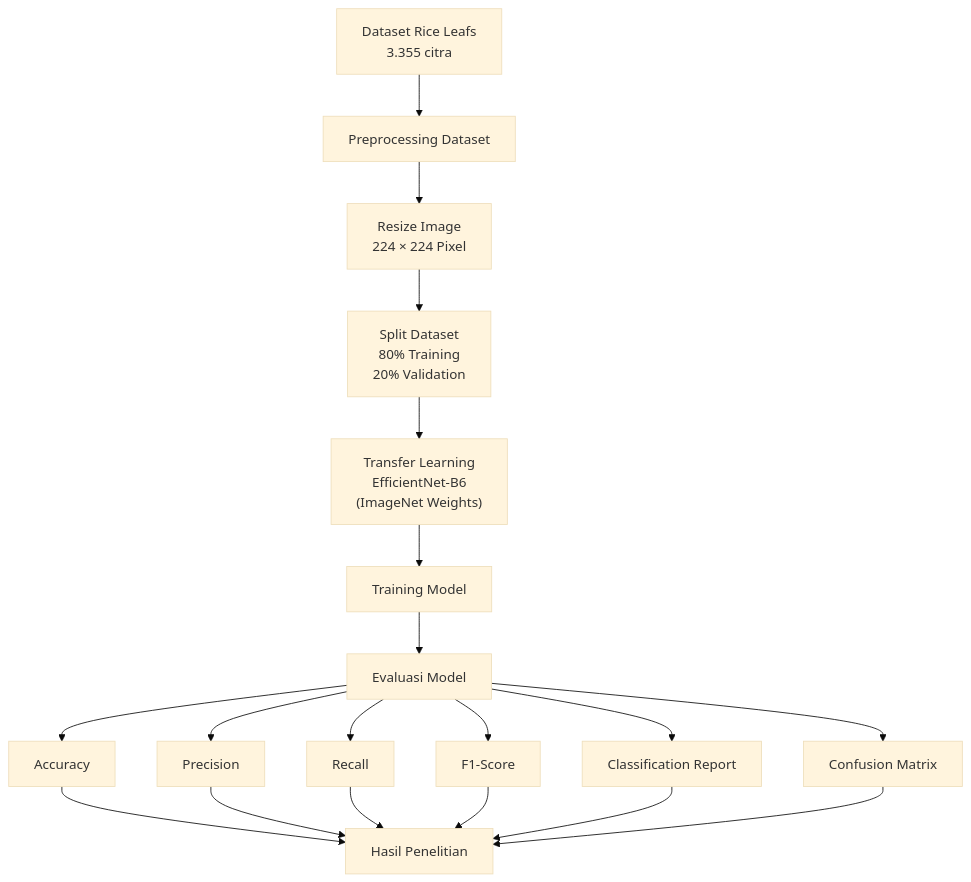
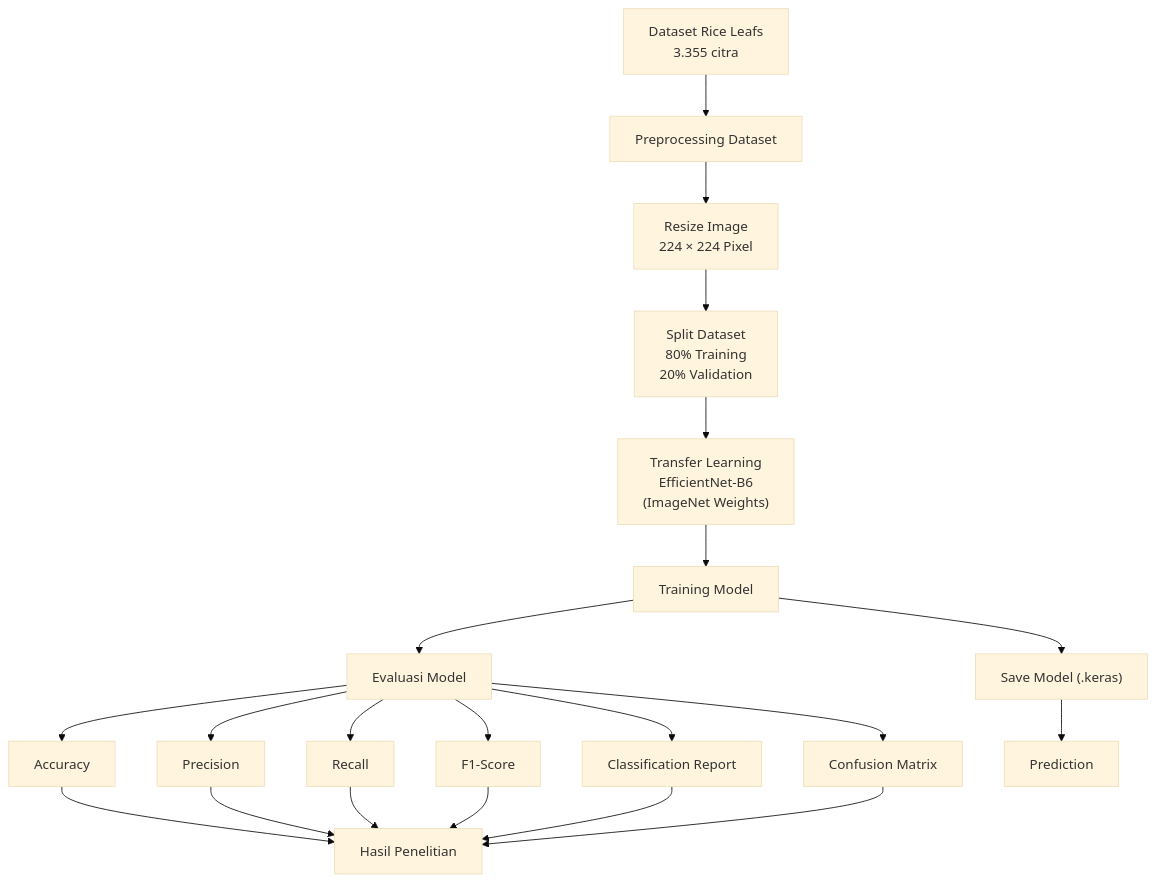
The first of 4 diagrams in example-riset-directory/03-teori/teori_arsitektur-dan-skema.md (Fadil172800/rti-20252-240202885), drawn with Mermaid (base theme) before and after one commit. The commit also changed other lines of this file, not shown here.

````diff
--- a/example-riset-directory/03-teori/teori_arsitektur-dan-skema.md
+++ b/example-riset-directory/03-teori/teori_arsitektur-dan-skema.md
@@ -15,37 +17,40 @@
 ```mermaid
 graph TB
 
 A["Dataset Rice Leafs
 3.355 citra"]
 
 A --> B["Preprocessing Dataset"]
 
 B --> C["Resize Image
 224 × 224 Pixel"]
 
 C --> D["Split Dataset
 80% Training
 20% Validation"]
 
 D --> E["Transfer Learning
 EfficientNet-B6
 (ImageNet Weights)"]
 
 E --> F["Training Model"]
 
 F --> G["Evaluasi Model"]
 
 G --> H1["Accuracy"]
 G --> H2["Precision"]
 G --> H3["Recall"]
 G --> H4["F1-Score"]
 G --> H5["Classification Report"]
 G --> H6["Confusion Matrix"]
 
 H1 --> I["Hasil Penelitian"]
 H2 --> I
 H3 --> I
 H4 --> I
 H5 --> I
 H6 --> I
+
+F --> J["Save Model (.keras)"]
+J --> K["Prediction"]
 ```
````
